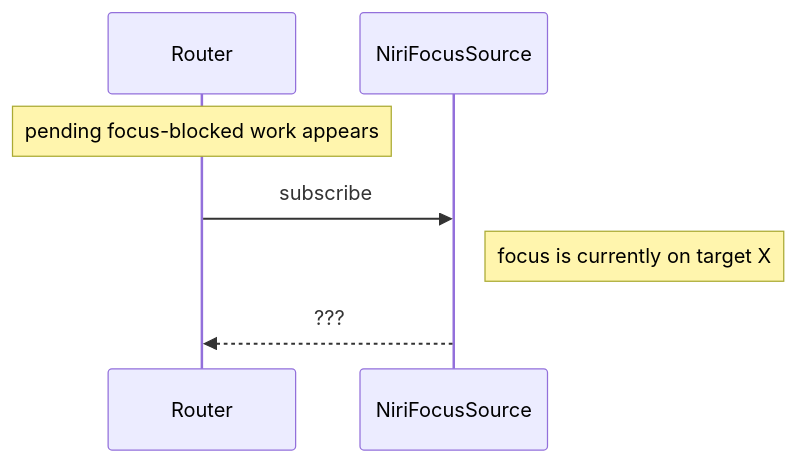
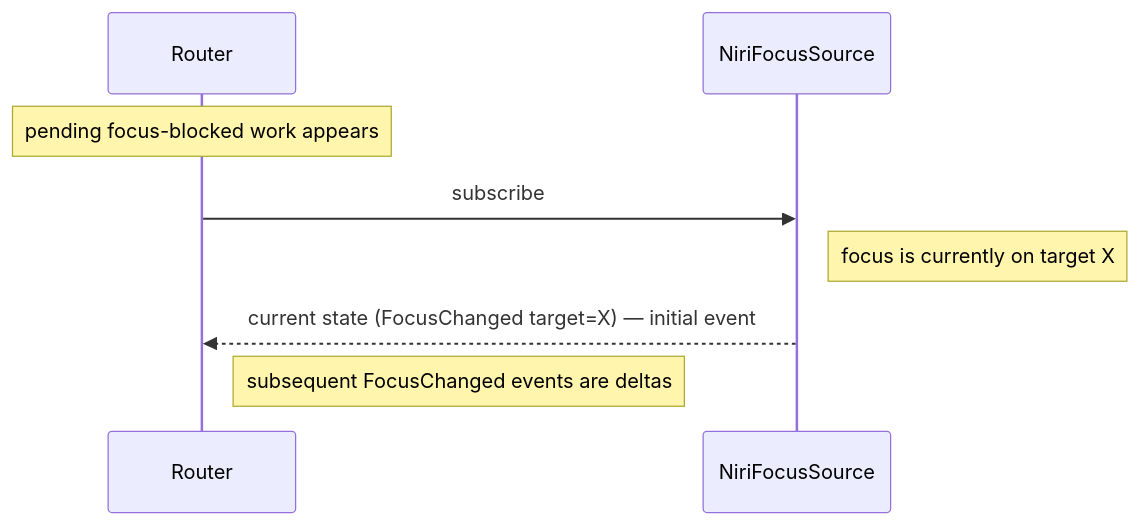
The third of 4 diagrams in reports/designer/17-persona-router-architecture-audit.md (LiGoldragon/primary), drawn with Mermaid before and after one commit. The commit also changed other lines of this file and 3 other files, not shown here.

````diff
--- a/reports/designer/17-persona-router-architecture-audit.md
+++ b/reports/designer/17-persona-router-architecture-audit.md
@@ -131,10 +130,11 @@
 ```mermaid
 sequenceDiagram
     participant R as Router
     participant N as NiriFocusSource
 
     Note over R: pending focus-blocked work appears
     R->>N: subscribe
     Note right of N: focus is currently on target X
-    N-->>R: ???
+    N-->>R: current state (FocusChanged target=X) — initial event
+    Note right of R: subsequent FocusChanged events are deltas
 ```
````
